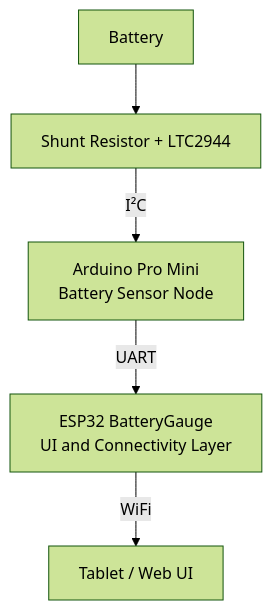
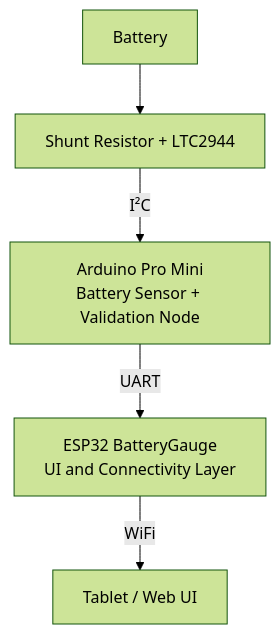
Before and after one commit to rleusden/ESP32-BatteryGauge: the diagram in docs/pro-mini-ltc2944/solution_architecture.md, drawn with Mermaid (forest theme). The commit also changed other lines of this file, not shown here.

First line of the commit message:
Enhance solution architecture with validation checks

````diff
--- a/docs/pro-mini-ltc2944/solution_architecture.md
+++ b/docs/pro-mini-ltc2944/solution_architecture.md
@@ -36,13 +36,13 @@
 ```mermaid
 flowchart TD
     B[Battery]
     S[Shunt Resistor + LTC2944]
-    P[Arduino Pro Mini<br/>Battery Sensor Node]
+    P[Arduino Pro Mini<br/>Battery Sensor + Validation Node]
     E[ESP32 BatteryGauge<br/>UI and Connectivity Layer]
     T[Tablet / Web UI]
 
     B --> S
     S -->|I²C| P
     P -->|UART| E
     E -->|WiFi| T
 ```
````
